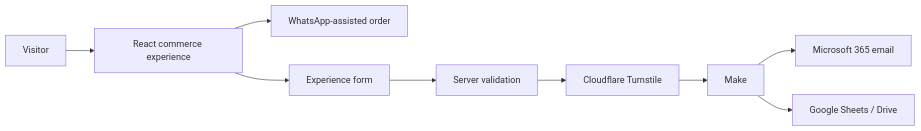
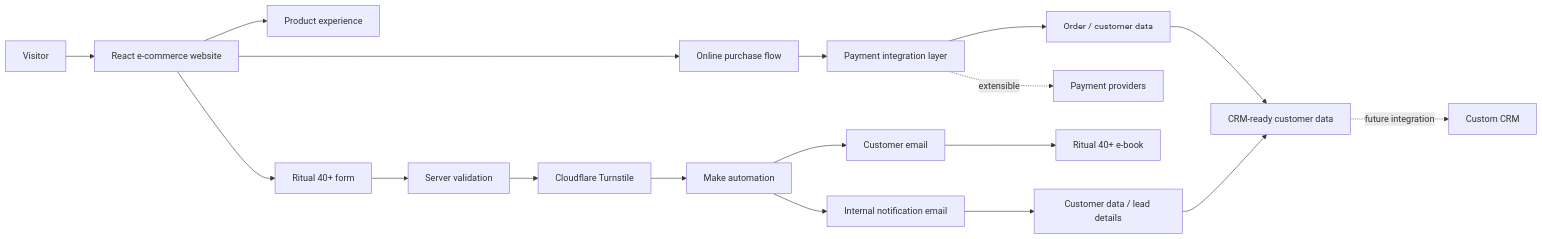
Before and after one commit to diegofrancoe/diegofrancoe: the third of 3 diagrams in README.md, drawn with Mermaid. The commit also changed other lines of this file, not shown here.

Commit message:
Expand 40+ commerce and automation architecture

```diff
--- a/README.md
+++ b/README.md
@@ -128,11 +128,26 @@
 ~~~mermaid
 flowchart LR
-    V[Visitor] --> WEB[React commerce experience]
-    WEB --> WA[WhatsApp-assisted order]
-    WEB --> FORM[Experience form]
-    FORM --> API[Server validation]
-    API --> TS[Cloudflare Turnstile]
-    TS --> MAKE[Make]
-    MAKE --> MAIL[Microsoft 365 email]
-    MAKE --> SHEETS[Google Sheets / Drive]
+    VISITOR[Visitor] --> WEB[React e-commerce website]
+    WEB --> PRODUCT[Product experience]
+    WEB --> CHECKOUT[Online purchase flow]
+    WEB --> FORM[Ritual 40+ form]
+
+    CHECKOUT --> PAYMENTS[Payment integration layer]
+    PAYMENTS --> ORDER[Order / customer data]
+
+    FORM --> VALIDATION[Server validation]
+    VALIDATION --> TURNSTILE[Cloudflare Turnstile]
+    TURNSTILE --> MAKE[Make automation]
+
+    MAKE --> CUSTOMER[Customer email]
+    CUSTOMER --> EBOOK[Ritual 40+ e-book]
+
+    MAKE --> INTERNAL[Internal notification email]
+    INTERNAL --> DATA[Customer data / lead details]
+
+    ORDER --> CRM[CRM-ready customer data]
+    DATA --> CRM
+
+    CRM -. future integration .-> CUSTOMCRM[Custom CRM]
+    PAYMENTS -. extensible .-> GATEWAY[Payment providers]
 ~~~
```
